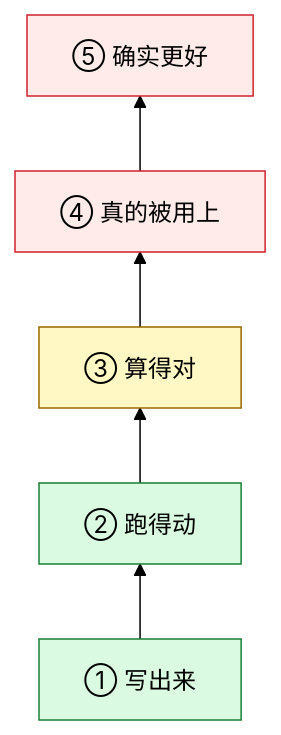
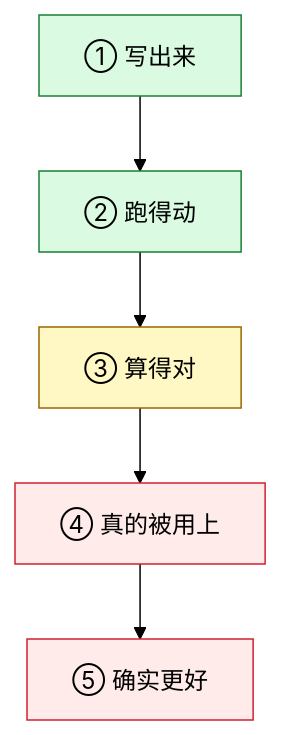
The second of 2 diagrams in README.md (SpellingDragon/system-one-study), drawn with Mermaid (forest theme) before and after one commit. The commit also changed other lines of this file, not shown here.

````diff
--- a/README.md
+++ b/README.md
@@ -65,10 +71,10 @@
 ```mermaid
-flowchart BT
+flowchart TB
   A["① 写出来"] --> B["② 跑得动"] --> C["③ 算得对"] --> D["④ 真的被用上"] --> E["⑤ 确实更好"]
   classDef g fill:#dafbe1,stroke:#1a7f37
   class A,B g
   classDef y fill:#fff8c5,stroke:#9a6700
   class C y
   classDef n fill:#ffebe9,stroke:#cf222e
   class D,E n
 ```
````
